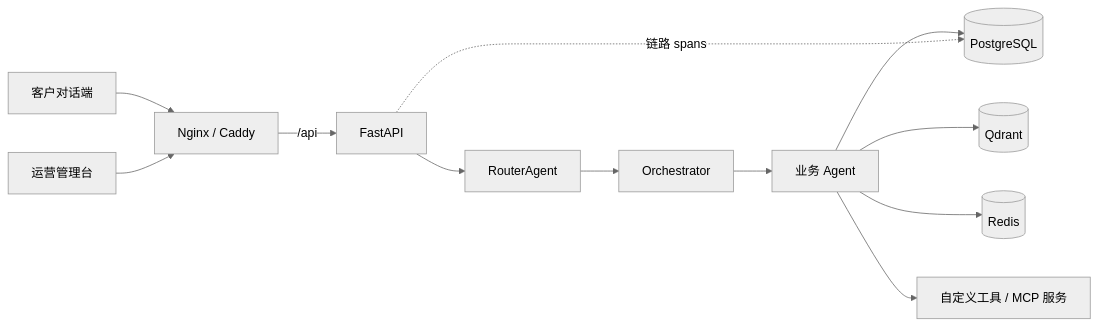
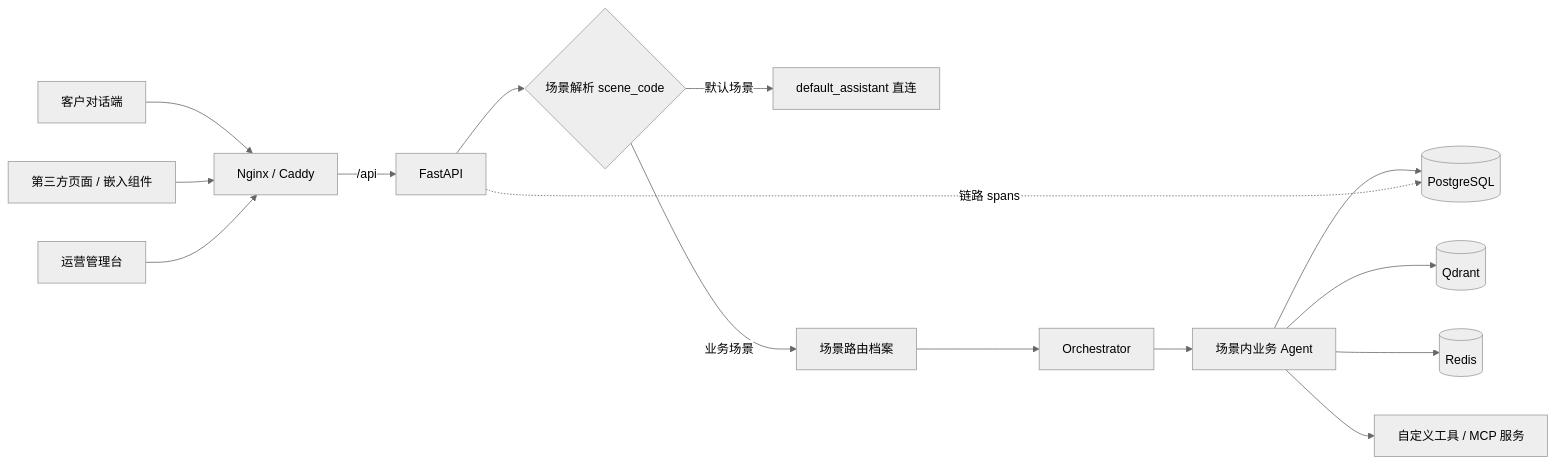
One commit to ccOranger/agent-dock changed the diagram in README.md. Above: the diagram before and after it, drawn with Mermaid (neutral theme). The commit also changed other lines of this file and 156 other files, not shown here.

````diff
--- a/README.md
+++ b/README.md
@@ -34,14 +35,16 @@
 ```mermaid
 flowchart LR
     C[客户对话端] --> N[Nginx / Caddy]
+    W[第三方页面 / 嵌入组件] --> N
     A[运营管理台] --> N
     N -->|/api| API[FastAPI]
-    API --> R[RouterAgent]
-    R --> O[Orchestrator]
-    O --> B[业务 Agent]
+    API --> S{场景解析 scene_code}
+    S -->|默认场景| D[default_assistant 直连]
+    S -->|业务场景| R[场景路由档案]
+    R --> O[Orchestrator] --> B[场景内业务 Agent]
     B --> PG[(PostgreSQL)]
     B --> Q[(Qdrant)]
     B --> RD[(Redis)]
     B --> T[自定义工具 / MCP 服务]
     API -. 链路 spans .-> PG
 ```
````
